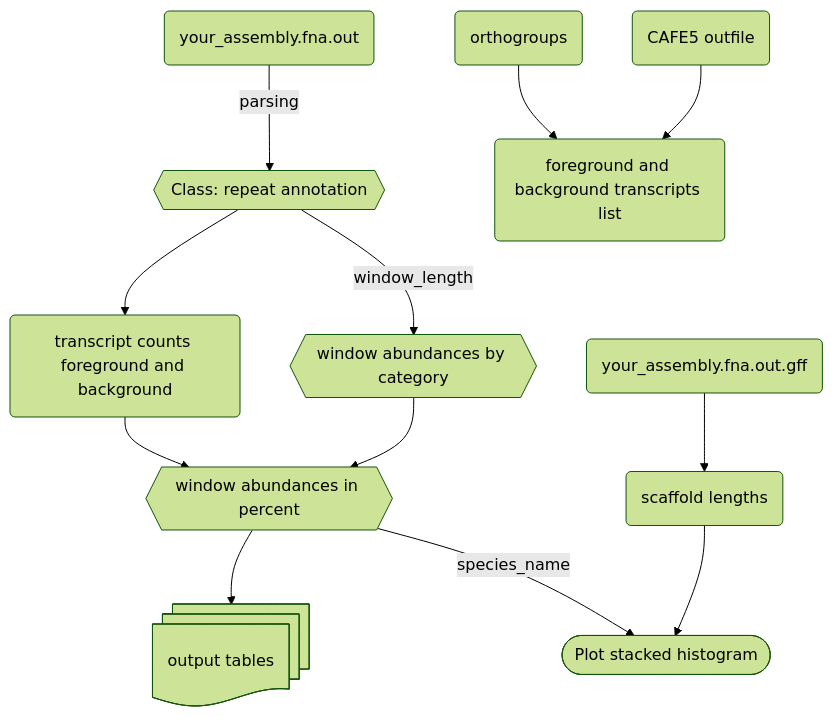
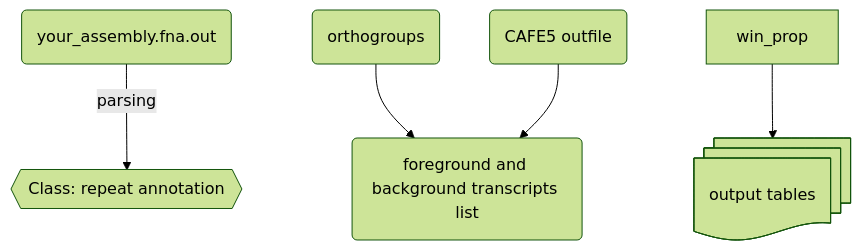
Before and after one commit to milena-t/ReVis: the second of 2 diagrams in README.md, drawn with Mermaid (forest theme).

Commit message:
more mermaid

````diff
--- a/README.md
+++ b/README.md
@@ -262,22 +262,13 @@
 ```mermaid
 graph TD;
     infile_out(your_assembly.fna.out);
     infile_out -- parsing --> rep_annot{{Class: repeat annotation}};
 
     OGs(orthogroups);
     CAFE(CAFE5 outfile);
 
     OGs --> tr_list(foreground and background transcripts list);
     CAFE --> tr_list
 
-    rep_annot -- window_length --> win_ab{{window abundances by category}};
-    rep_annot --> tr_count(transcript counts foreground and background);
-    tr_count --> win_prop{{window abundances in percent}}
-    win_ab --> win_prop
-    infile_gff(your_assembly.fna.out.gff);
-    infile_gff --> contig_coords(scaffold lengths);
-
     win_prop --> out_tab@{ shape: docs, label: "output tables" }
-    win_prop -- species_name --> plot([Plot stacked histogram])
-    contig_coords --> plot
 ```   
````
